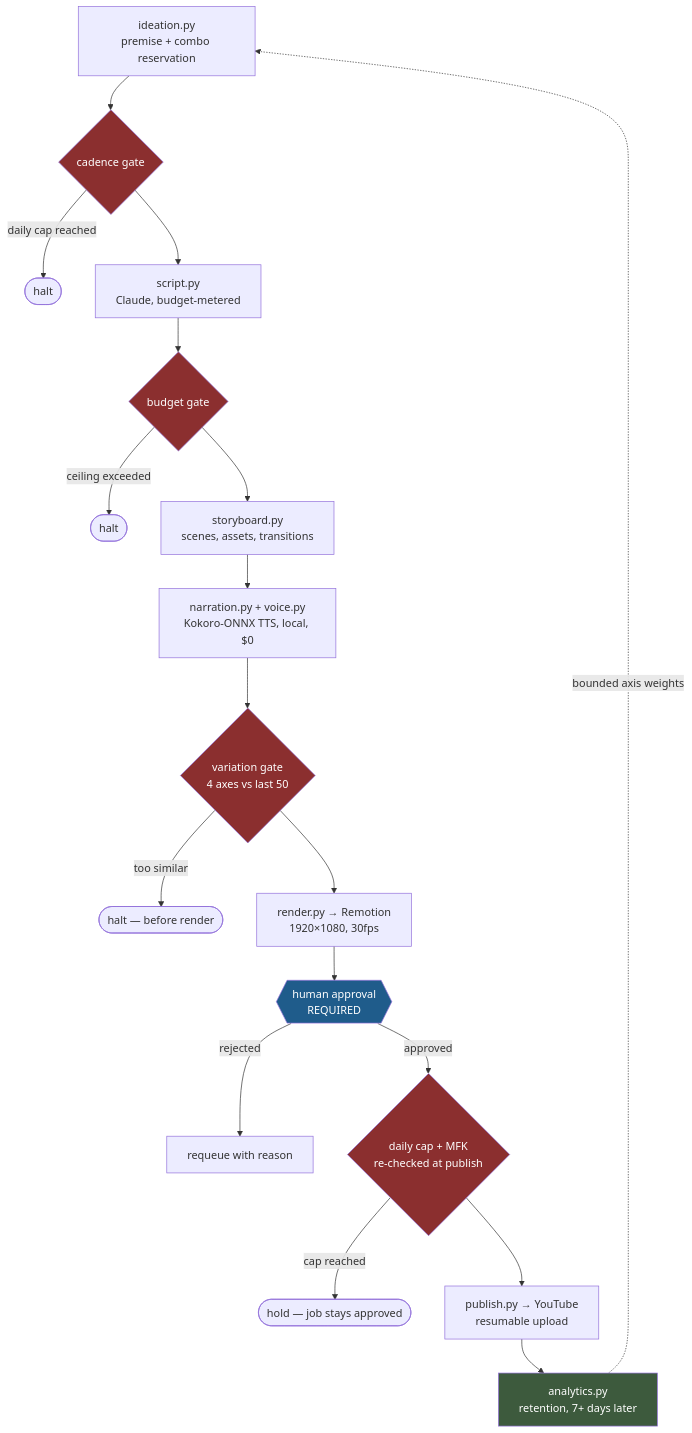
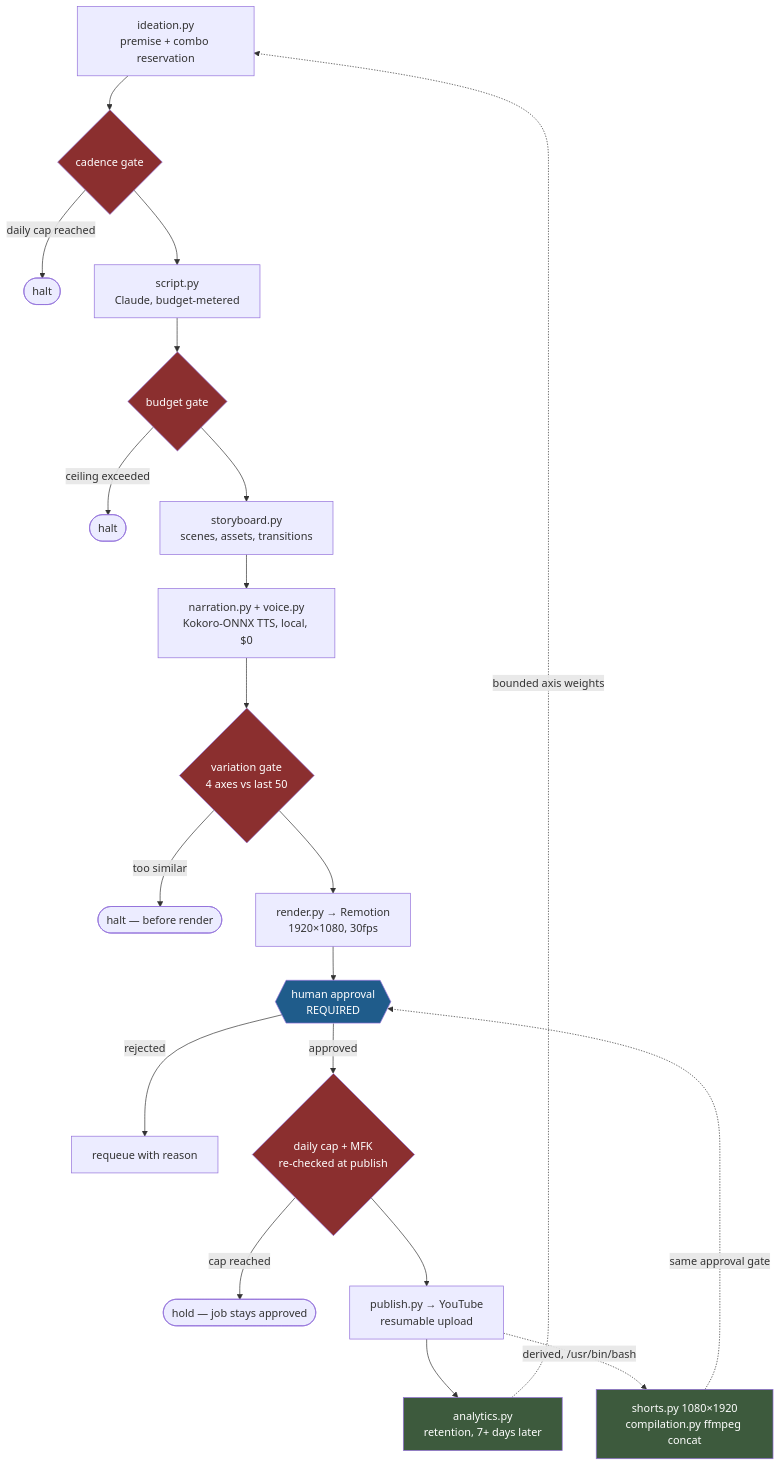
One commit to codcreater1/gated-video-pipeline changed the diagram in README.md. Above: the diagram before and after it, drawn with Mermaid. The commit also changed other lines of this file and 18 other files, not shown here.

````diff
--- a/README.md
+++ b/README.md
@@ -47,27 +47,30 @@
 ```mermaid
 flowchart TD
     A[ideation.py<br/>premise + combo reservation] --> B{cadence gate}
     B -->|daily cap reached| STOP1([halt])
     B --> C[script.py<br/>Claude, budget-metered]
     C --> D{budget gate}
     D -->|ceiling exceeded| STOP2([halt])
     D --> E[storyboard.py<br/>scenes, assets, transitions]
     E --> F[narration.py + voice.py<br/>Kokoro-ONNX TTS, local, $0]
     F --> G{variation gate<br/>4 axes vs last 50}
     G -->|too similar| STOP3([halt — before render])
     G --> H[render.py → Remotion<br/>1920×1080, 30fps]
     H --> I{{human approval<br/>REQUIRED}}
     I -->|rejected| K[requeue with reason]
     I -->|approved| L{daily cap + MFK<br/>re-checked at publish}
     L -->|cap reached| STOP4([hold — job stays approved])
     L --> M[publish.py → YouTube<br/>resumable upload]
     M --> N[analytics.py<br/>retention, 7+ days later]
     N -.->|bounded axis weights| A
+    M -.->|derived, /usr/bin/bash| P[shorts.py 1080×1920<br/>compilation.py ffmpeg concat]
+    P -.->|same approval gate| I
 
     style N fill:#3d5a3d,color:#fff
+    style P fill:#3d5a3d,color:#fff
     style B fill:#8b2f2f,color:#fff
     style D fill:#8b2f2f,color:#fff
     style G fill:#8b2f2f,color:#fff
     style L fill:#8b2f2f,color:#fff
     style I fill:#1f5c8b,color:#fff
 ```
````
